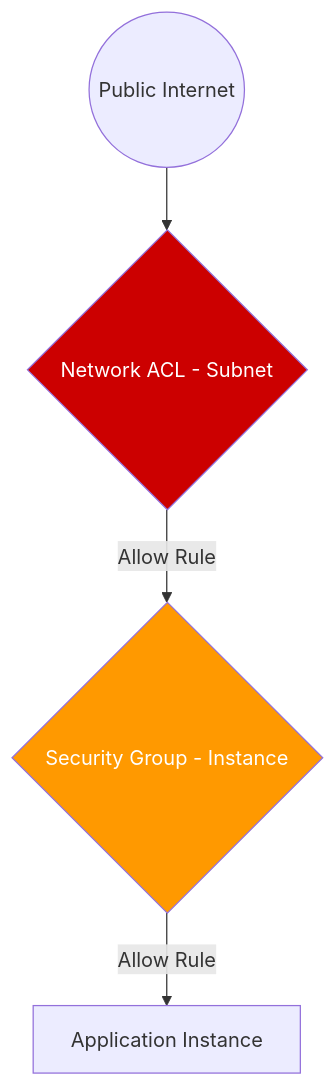
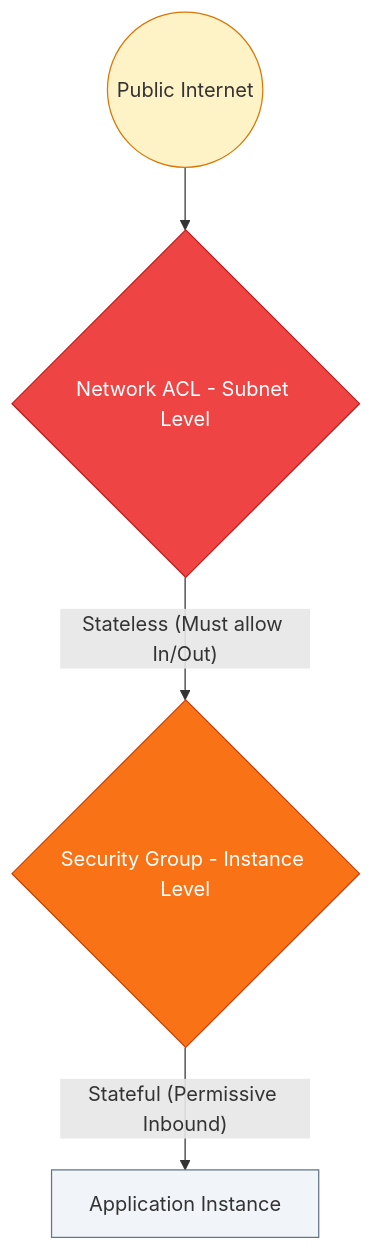
One commit to Ganil151/Devops changed the diagram in 2-Intermediate/01-Phase-1/01-Networking/05-Network-Security-NACLs-SGs/README.md. Above: the diagram before and after it, drawn with Mermaid. The commit also changed other lines of this file and 51 other files, not shown here.

````diff
--- a/2-Intermediate/01-Phase-1/01-Networking/05-Network-Security-NACLs-SGs/README.md
+++ b/2-Intermediate/01-Phase-1/01-Networking/05-Network-Security-NACLs-SGs/README.md
@@ -18,9 +5,11 @@
 ```mermaid
 graph TD
-    Internet((Public Internet)) --> NACL{Network ACL - Subnet}
-    NACL -- Allow Rule --> SG{Security Group - Instance}
-    SG -- Allow Rule --> App[Application Instance]
+    Internet((Public Internet)) --> NACL{Network ACL - Subnet Level}
+    NACL -- "Stateless (Must allow In/Out)" --> SG{Security Group - Instance Level}
+    SG -- "Stateful (Permissive Inbound)" --> App[Application Instance]
 
-style NACL fill:#cc0000,color:#fff
-    style SG fill:#ff9900,color:#fff
+    style Internet fill:#fef3c7,stroke:#d97706
+    style NACL fill:#ef4444,stroke:#b91c1c,color:#fff
+    style SG fill:#f97316,stroke:#c2410c,color:#fff
+    style App fill:#f1f5f9,stroke:#64748b
 ```
````
